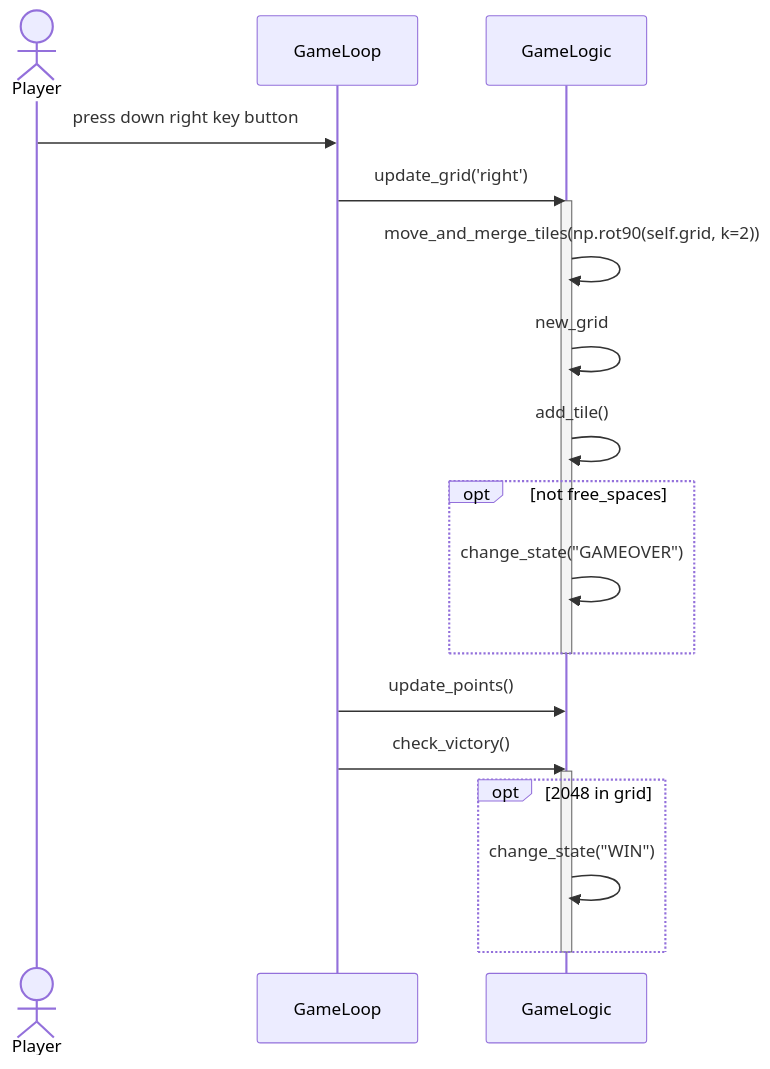
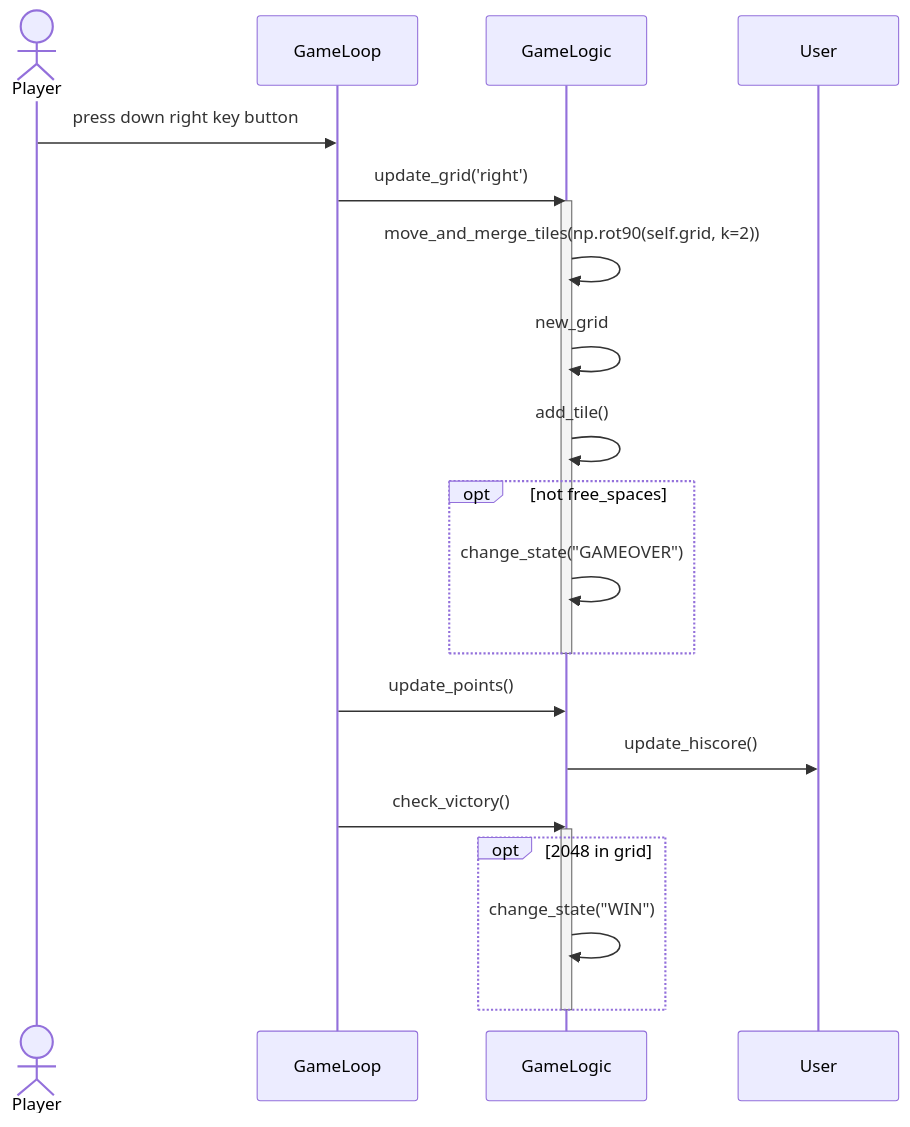
One commit to vdavd/ot-harjoitustyo changed the diagram in 2048/dokumentaatio/arkkitehtuuri.md. Above: the diagram before and after it, drawn with Mermaid. The commit also changed 3 other files, not shown here.

````diff
--- a/2048/dokumentaatio/arkkitehtuuri.md
+++ b/2048/dokumentaatio/arkkitehtuuri.md
@@ -21,24 +21,26 @@
 ```mermaid
 sequenceDiagram
     actor Player
     participant GameLoop
     participant GameLogic
+    participant User
     Player->>GameLoop: press down right key button
     GameLoop->>GameLogic: update_grid('right')
     activate GameLogic
     GameLogic->>GameLogic: move_and_merge_tiles(np.rot90(self.grid, k=2))
     GameLogic->>GameLogic: new_grid
     GameLogic->>GameLogic: add_tile()
     opt not free_spaces
     GameLogic->>GameLogic: change_state("GAMEOVER")
     end
     deactivate GameLogic
     GameLoop->>GameLogic: update_points()
+    GameLogic->>User: update_hiscore()
     GameLoop->>GameLogic: check_victory()
     activate GameLogic
     opt 2048 in grid
     GameLogic->>GameLogic: change_state("WIN")
     end
     deactivate GameLogic
 
 ```
````
